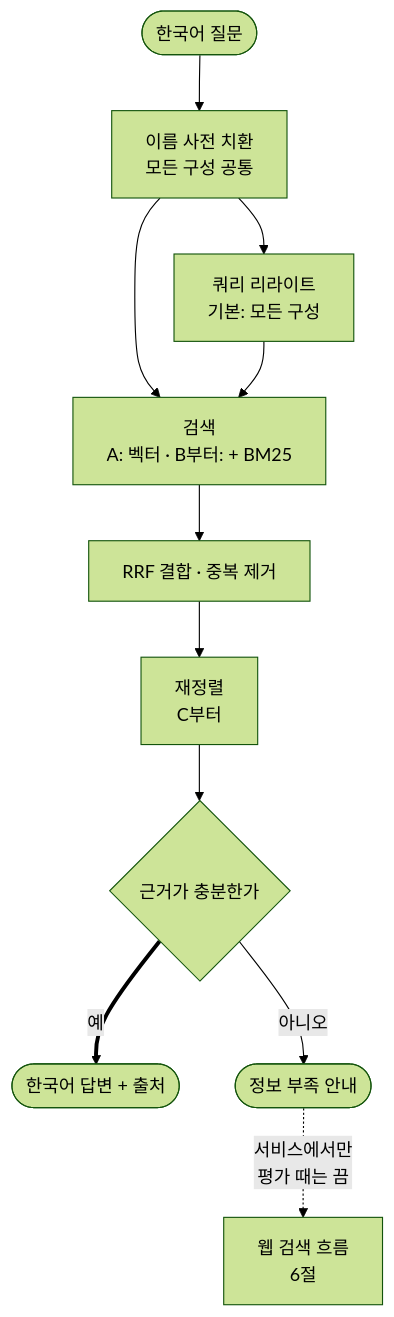
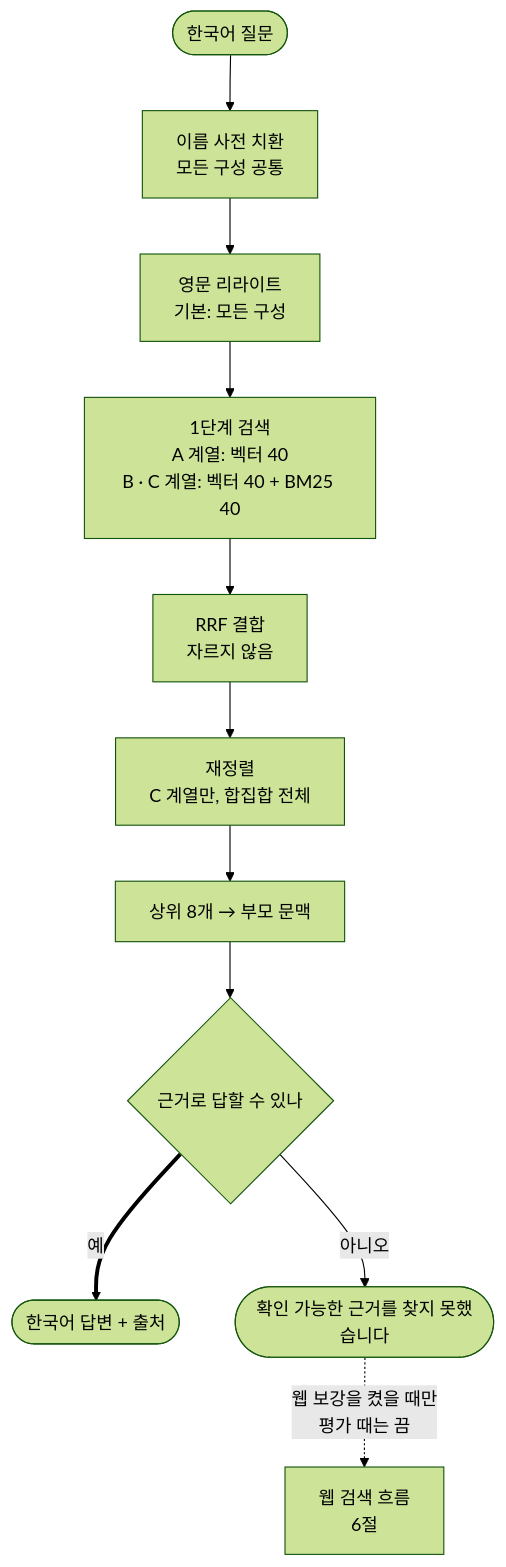
The fourth of 5 diagrams in docs/architecture.md (766min/ax-rag-cinema), drawn with Mermaid (forest theme) before and after one commit. The commit also changed other lines of this file and 4 other files, not shown here.

````diff
--- a/docs/architecture.md
+++ b/docs/architecture.md
@@ -197,13 +247,13 @@
 ```mermaid
 flowchart TB
   Q(["한국어 질문"]) --> D["이름 사전 치환<br/>모든 구성 공통"]
-  D --> RW["쿼리 리라이트<br/>기본: 모든 구성"]
-  D --> S["검색<br/>A: 벡터 · B부터: + BM25"]
-  RW --> S
-  S --> F["RRF 결합 · 중복 제거"]
-  F --> R["재정렬<br/>C부터"]
-  R --> E{"근거가 충분한가"}
+  D --> RW["영문 리라이트<br/>기본: 모든 구성"]
+  RW --> S["1단계 검색<br/>A 계열: 벡터 40<br/>B · C 계열: 벡터 40 + BM25 40"]
+  S --> F["RRF 결합<br/>자르지 않음"]
+  F --> R["재정렬<br/>C 계열만, 합집합 전체"]
+  R --> T["상위 8개 → 부모 문맥"]
+  T --> E{"근거로 답할 수 있나"}
   E ==>|"예"| A(["한국어 답변 + 출처"])
-  E -->|"아니오"| N(["정보 부족 안내"])
-  N -.->|"서비스에서만<br/>평가 때는 끔"| WB["웹 검색 흐름<br/>6절"]
+  E -->|"아니오"| N(["확인 가능한 근거를 찾지 못했습니다"])
+  N -.->|"웹 보강을 켰을 때만<br/>평가 때는 끔"| WB["웹 검색 흐름<br/>6절"]
 ```
````
